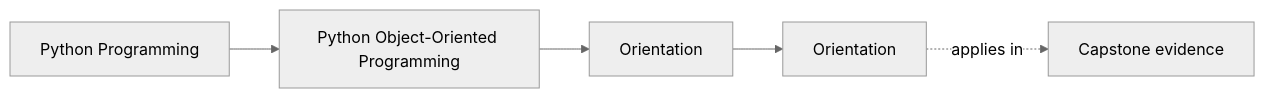
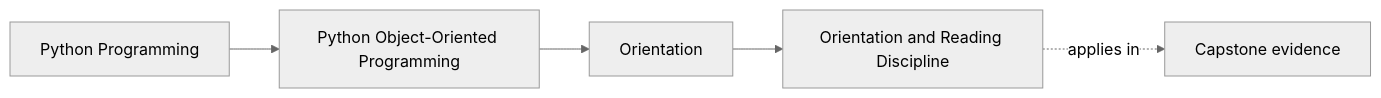
Before and after one commit to bijux/bijux-masterclass: the first of 2 diagrams in programs/python-programming/python-object-oriented-programming/course-book/module-00-orientation/index.md, drawn with Mermaid (neutral theme). The commit also changed other lines of this file and 3 other files, not shown here.

````diff
--- a/programs/python-programming/python-object-oriented-programming/course-book/module-00-orientation/index.md
+++ b/programs/python-programming/python-object-oriented-programming/course-book/module-00-orientation/index.md
@@ -7,11 +7,11 @@
 ```mermaid
 graph LR
   family["Python Programming"]
   program["Python Object-Oriented Programming"]
   section["Orientation"]
-  page["Orientation"]
+  page["Orientation and Reading Discipline"]
   capstone["Capstone evidence"]
 
   family --> program --> section --> page
   page -.applies in.-> capstone
 ```
````
